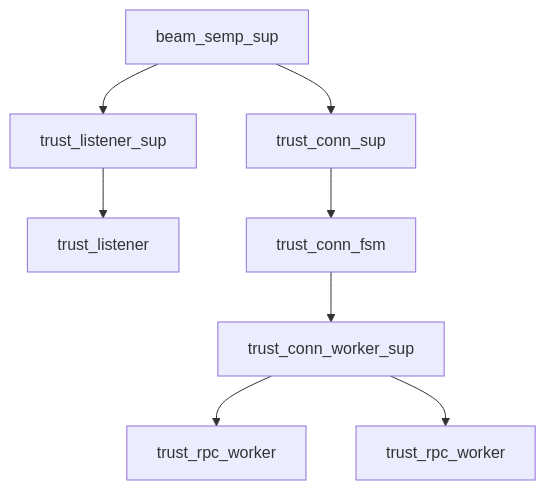
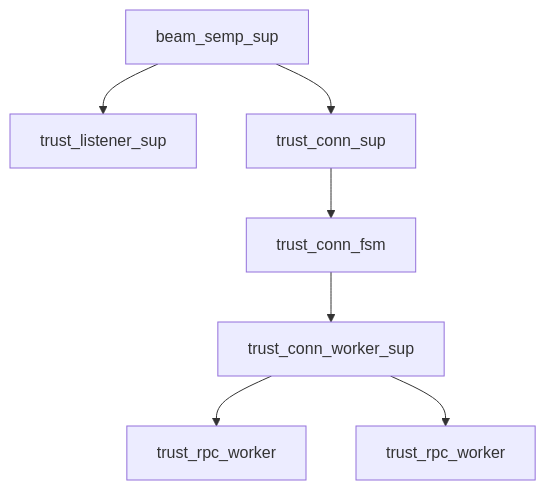
One commit to yenrab/BEAM_SEMP changed the fourth of 5 diagrams in multiplexing and backpressure design doc.md. Above: the diagram before and after it, drawn with Mermaid.

Commit message:
Removed trust_listener replaced by trust_conn_fsm

````diff
--- a/multiplexing and backpressure design doc.md
+++ b/multiplexing and backpressure design doc.md
@@ -114,11 +114,11 @@
 ```mermaid
 %% diagram: supervision-tree
 graph TD
-  Root[beam_semp_sup] --> Listener_Sup[trust_listener_sup] --> Listener[trust_listener]
+  Root[beam_semp_sup] --> Listener_Sup[trust_listener_sup]
   Root --> ConnSup[trust_conn_sup]
   ConnSup --> ConnFSM1[trust_conn_fsm]
   ConnFSM1 --> ConnWorkerSup1[trust_conn_worker_sup]
   ConnWorkerSup1 --> RPCa[trust_rpc_worker]
   ConnWorkerSup1 --> RPCb[trust_rpc_worker]
   %% more connections scale out as sockets arrive
 ```
````
